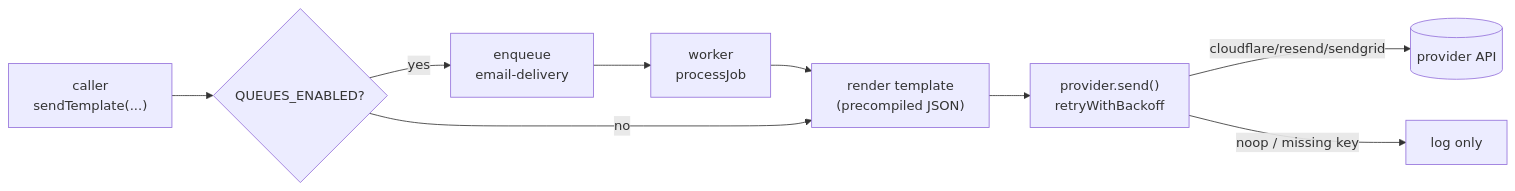
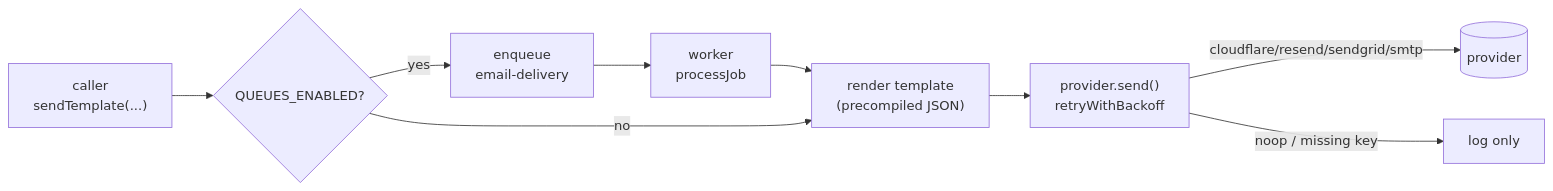
The diagram in src/content/docs/api/email.mdx (AI-Starter-Templates/.github), drawn with Mermaid before and after one commit. The commit also changed other lines of this file and 34 other files, not shown here.

````diff
--- a/src/content/docs/api/email.mdx
+++ b/src/content/docs/api/email.mdx
@@ -18,11 +18,11 @@
 ```mermaid
 flowchart LR
   caller["caller<br/>sendTemplate(...)"] --> dispatch{QUEUES_ENABLED?}
   dispatch -- yes --> queue["enqueue<br/>email-delivery"]
   queue --> worker["worker<br/>processJob"]
   worker --> render["render template<br/>(precompiled JSON)"]
   dispatch -- no --> render
   render --> provider["provider.send()<br/>retryWithBackoff"]
-  provider -- cloudflare/resend/sendgrid --> sent[(provider API)]
+  provider -- cloudflare/resend/sendgrid/smtp --> sent[(provider)]
   provider -- noop / missing key --> log["log only"]
 ```
````
